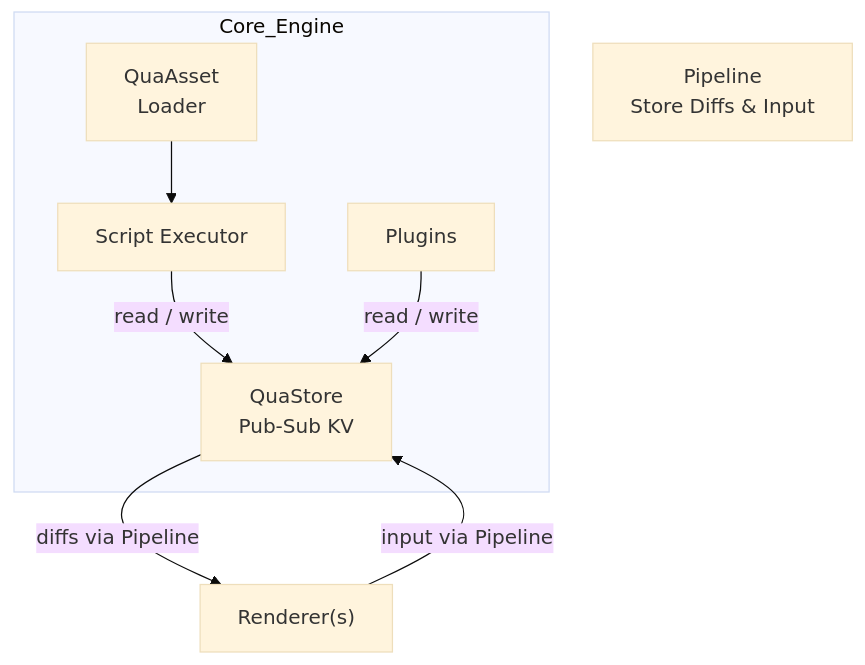
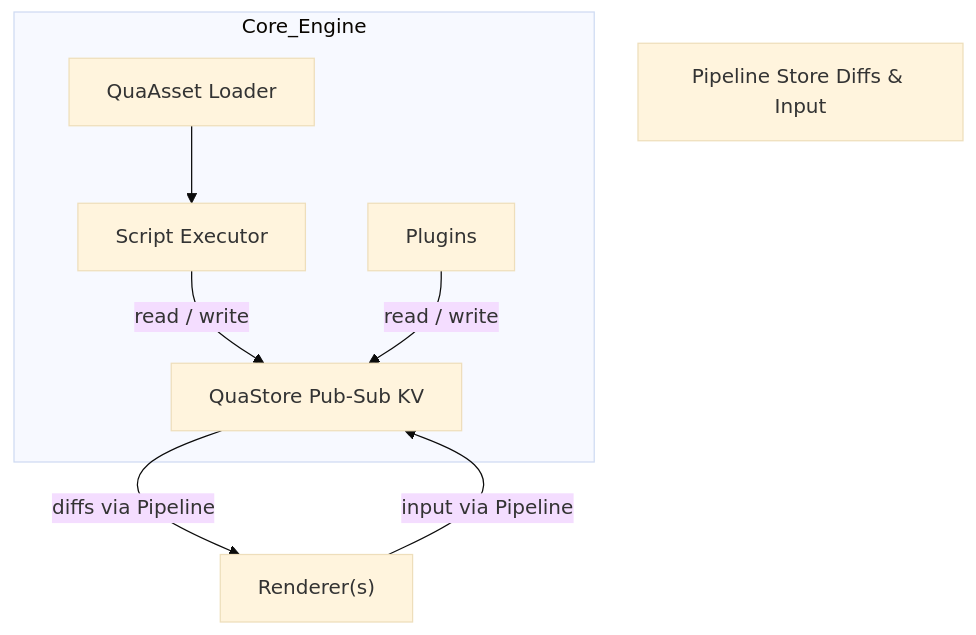
One commit to QuaDevTeam/QuaSpecification changed the diagram in specs/draft.md. Above: the diagram before and after it, drawn with Mermaid (base theme). The commit also changed other lines of this file, not shown here.

Commit message:
fix: mermaid minor mistake

````diff
--- a/specs/draft.md
+++ b/specs/draft.md
@@ -46,18 +46,18 @@
 ```mermaid
 graph TD
   subgraph Core_Engine
-    QuaStore["QuaStore\nPub-Sub KV"]
-    QuaAsset["QuaAsset\nLoader"]
+    QuaStore["QuaStore Pub-Sub KV"]
+    QuaAsset["QuaAsset Loader"]
     Executor["Script Executor"]
     Plugins["Plugins"]
   end
 
   Renderer["Renderer(s)"]
-  Pipeline["Pipeline\nStore Diffs & Input"]
+  Pipeline["Pipeline Store Diffs & Input"]
 
   QuaAsset --> Executor
   Executor -->|"read / write"| QuaStore
   Plugins -->|"read / write"| QuaStore
   Renderer -->|"input via Pipeline"| QuaStore
   QuaStore -->|"diffs via Pipeline"| Renderer
 ```
````
